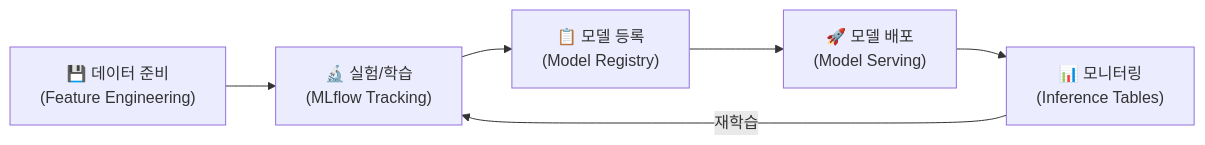
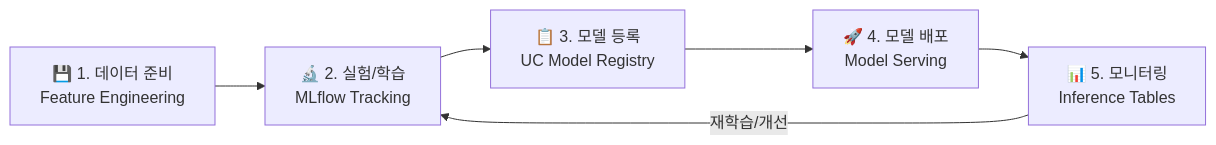
The diagram in 09-machine-learning/ml-on-databricks-overview.md (SimyungYang/simyung-dbx-training), drawn with Mermaid before and after one commit. The commit also changed other lines of this file and 3 other files, not shown here.

````diff
--- a/09-machine-learning/ml-on-databricks-overview.md
+++ b/09-machine-learning/ml-on-databricks-overview.md
@@ -5,8 +13,11 @@
 ```mermaid
 graph LR
-    D["💾 데이터 준비<br/>(Feature Engineering)"] --> T["🔬 실험/학습<br/>(MLflow Tracking)"]
-    T --> R["📋 모델 등록<br/>(Model Registry)"]
-    R --> S["🚀 모델 배포<br/>(Model Serving)"]
-    S --> M["📊 모니터링<br/>(Inference Tables)"]
-    M -->|"재학습"| T
+    D["💾 1. 데이터 준비<br/>Feature Engineering"]
+    T["🔬 2. 실험/학습<br/>MLflow Tracking"]
+    R["📋 3. 모델 등록<br/>UC Model Registry"]
+    S["🚀 4. 모델 배포<br/>Model Serving"]
+    M["📊 5. 모니터링<br/>Inference Tables"]
+
+    D --> T --> R --> S --> M
+    M -->|"재학습/개선"| T
 ```
````
